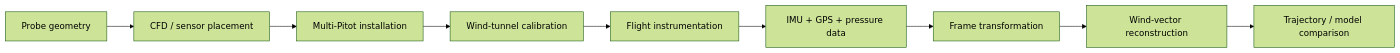
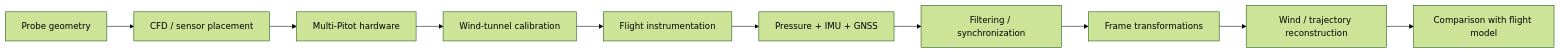
Before and after one commit to kosmicplane/CUBE-SAT-FLIGHT-DYNAMICS-PITOTS: the diagram in README.md, drawn with Mermaid (forest theme). The commit also changed other lines of this file, not shown here.

Commit message:
Rebuild README with rigorous flight-dynamics model and evidence hierarchy

````diff
--- a/README.md
+++ b/README.md
@@ -29,11 +32,12 @@
-~~~mermaid
+```mermaid
 flowchart LR
     A[Probe geometry] --> B[CFD / sensor placement]
-    B --> C[Multi-Pitot installation]
+    B --> C[Multi-Pitot hardware]
     C --> D[Wind-tunnel calibration]
     D --> E[Flight instrumentation]
-    E --> F[IMU + GPS + pressure data]
-    F --> G[Frame transformation]
-    G --> H[Wind-vector reconstruction]
-    H --> I[Trajectory / model comparison]
-~~~
+    E --> F[Pressure + IMU + GNSS]
+    F --> G[Filtering / synchronization]
+    G --> H[Frame transformations]
+    H --> I[Wind / trajectory reconstruction]
+    I --> J[Comparison with flight model]
+```
````
